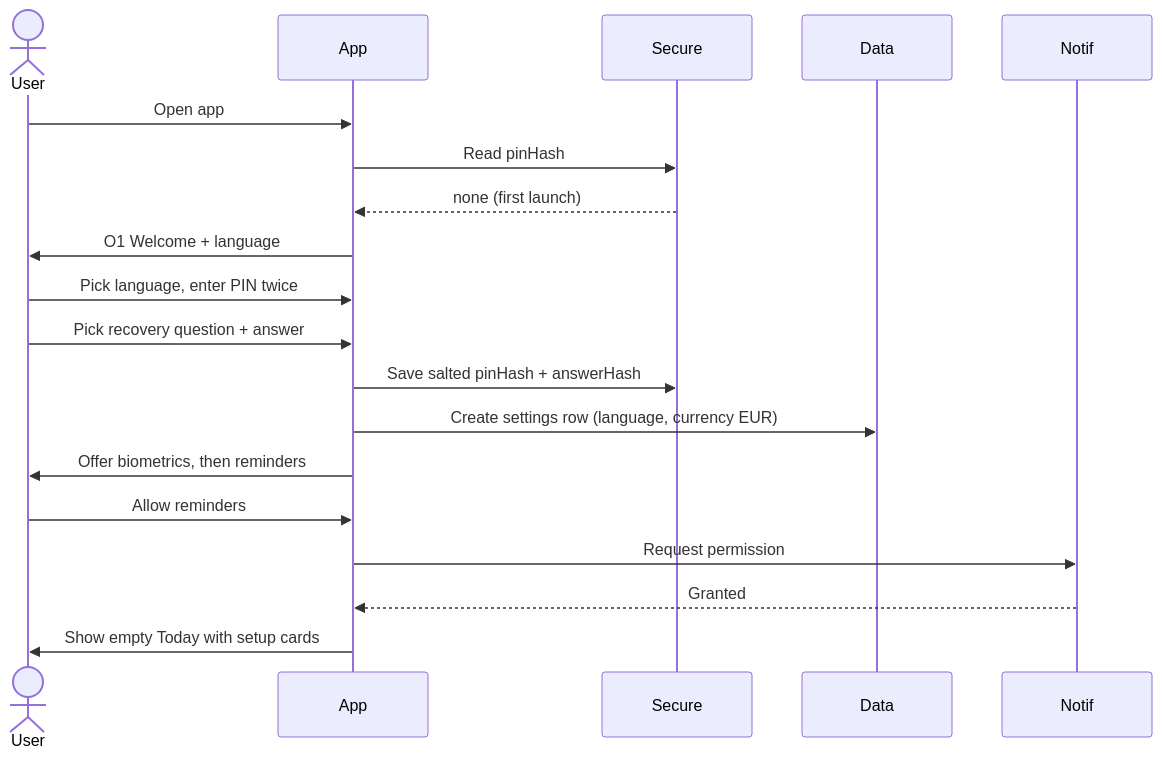
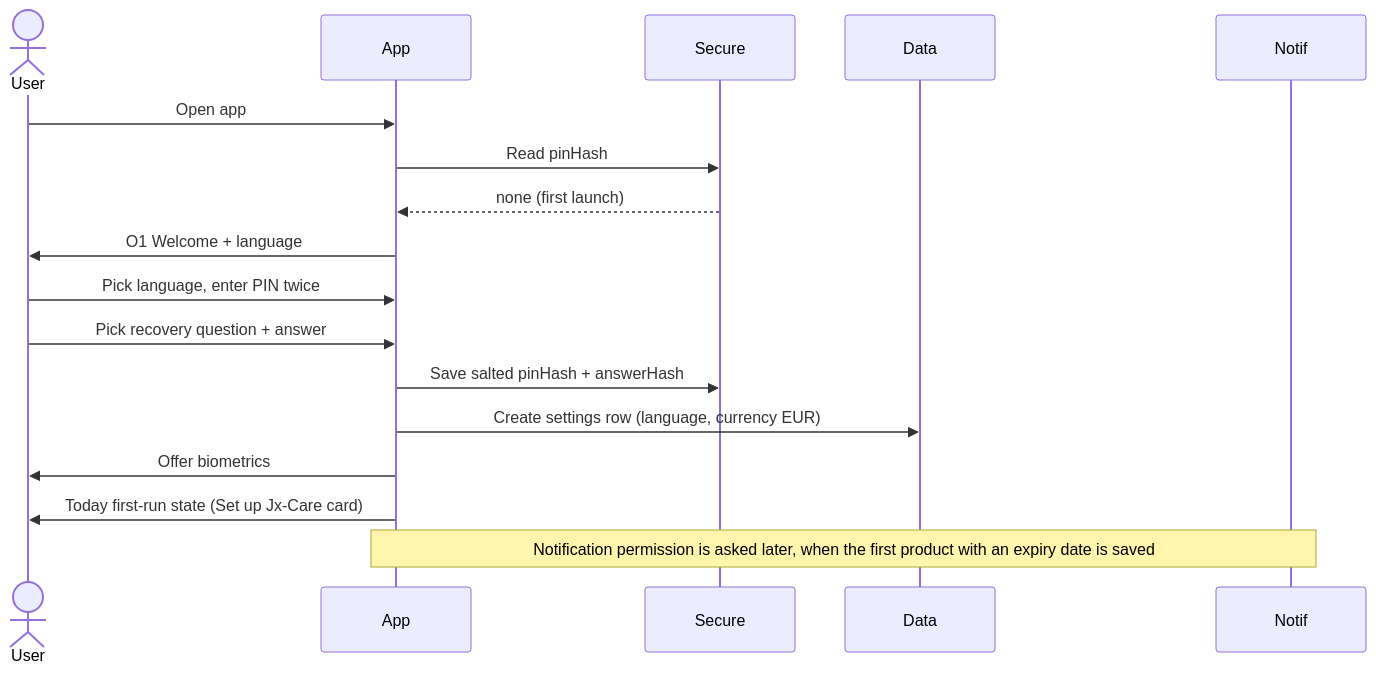
Before and after one commit to Justxs/Jx-Care: the second of 10 diagrams in docs/feature-spec.md, drawn with Mermaid. The commit also changed other lines of this file, not shown here.

First line of the commit message:
Spec: 5-step onboarding, first-run setup, empty states and one word per idea

````diff
--- a/docs/feature-spec.md
+++ b/docs/feature-spec.md
@@ -460,21 +514,19 @@
 ```mermaid
 sequenceDiagram
   actor U as User
   participant A as App
   participant S as Secure
   participant D as Data
   participant N as Notif
   U->>A: Open app
   A->>S: Read pinHash
   S-->>A: none (first launch)
   A->>U: O1 Welcome + language
   U->>A: Pick language, enter PIN twice
   U->>A: Pick recovery question + answer
   A->>S: Save salted pinHash + answerHash
   A->>D: Create settings row (language, currency EUR)
-  A->>U: Offer biometrics, then reminders
-  U->>A: Allow reminders
-  A->>N: Request permission
-  N-->>A: Granted
-  A->>U: Show empty Today with setup cards
+  A->>U: Offer biometrics
+  A->>U: Today first-run state (Set up Jx-Care card)
+  Note over A,N: Notification permission is asked later, when the first product with an expiry date is saved
 ```
````
